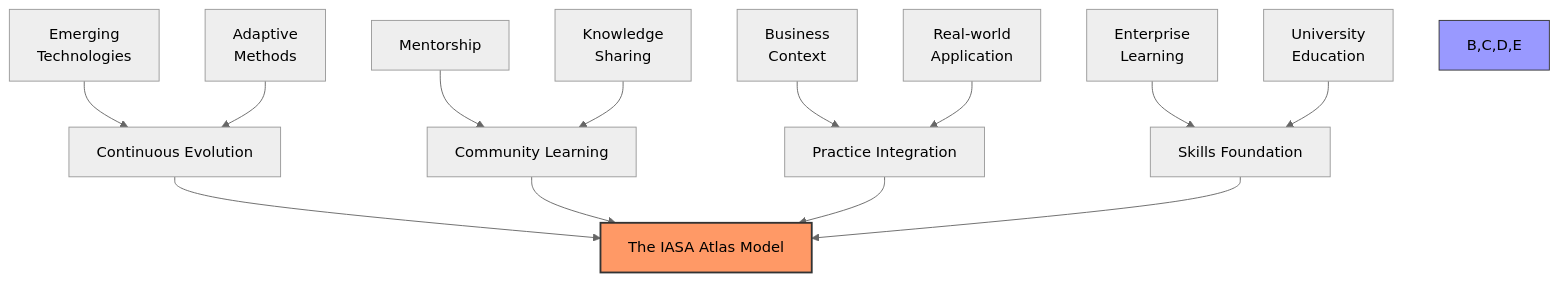
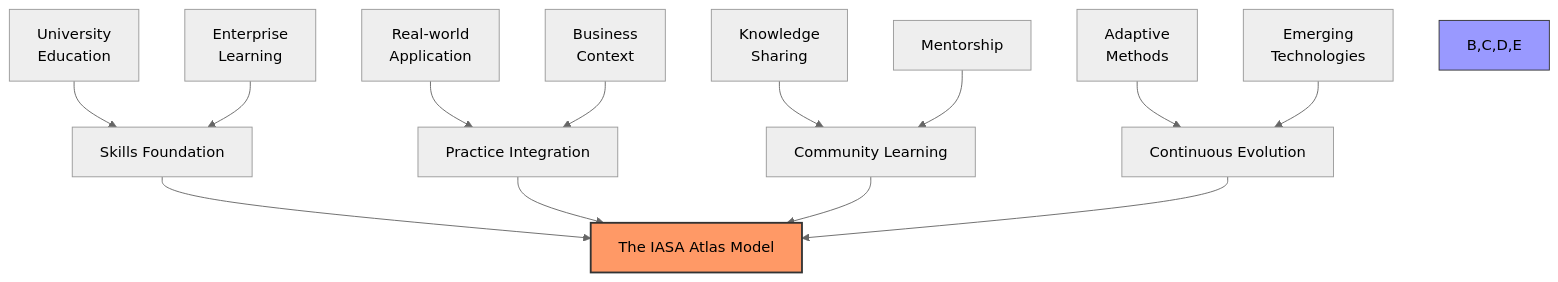
The seventh of 8 diagrams in cio-may.md (AliceNN-ucdenver/Iasa), drawn with Mermaid (neutral theme) before and after one commit. The commit also changed other lines of this file, not shown here.

````diff
--- a/cio-may.md
+++ b/cio-may.md
@@ -221,22 +233,22 @@
 ```mermaid
 flowchart TD
-    E2["Emerging<br>Technologies"] --> E["Continuous Evolution"]
-    E1["Adaptive<br>Methods"] --> E
+    B1["University<br>Education"] --> B["Skills Foundation"]
+    B2["Enterprise<br>Learning"] --> B
     
-    D2["Mentorship"] --> D["Community Learning"]
-    D1["Knowledge<br>Sharing"] --> D
+    C1["Real-world<br>Application"] --> C["Practice Integration"]
+    C2["Business<br>Context"] --> C
     
-    C2["Business<br>Context"] --> C["Practice Integration"]
-    C1["Real-world<br>Application"] --> C
+    D1["Knowledge<br>Sharing"] --> D["Community Learning"]
+    D2["Mentorship"] --> D
     
-    B2["Enterprise<br>Learning"] --> B["Skills Foundation"]
-    B1["University<br>Education"] --> B
+    E1["Adaptive<br>Methods"] --> E["Continuous Evolution"]
+    E2["Emerging<br>Technologies"] --> E
     
-    E --> A["The IASA Atlas Model"]
+    B --> A["The IASA Atlas Model"]
+    C --> A
     D --> A
-    C --> A
-    B --> A
+    E --> A
     
     style A fill:#f96,stroke:#333,stroke-width:2px
     style B,C,D,E fill:#99f,stroke:#333,stroke-width:1px
 ```
````
